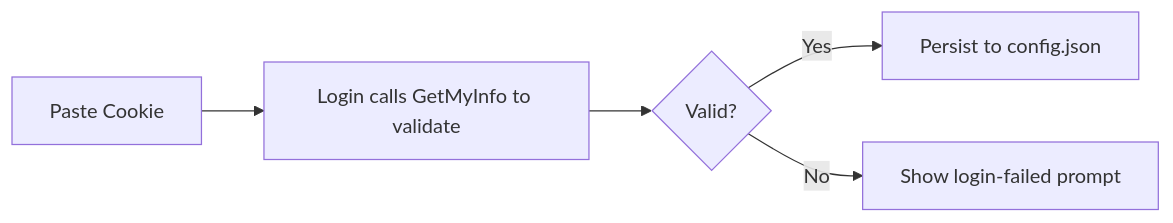
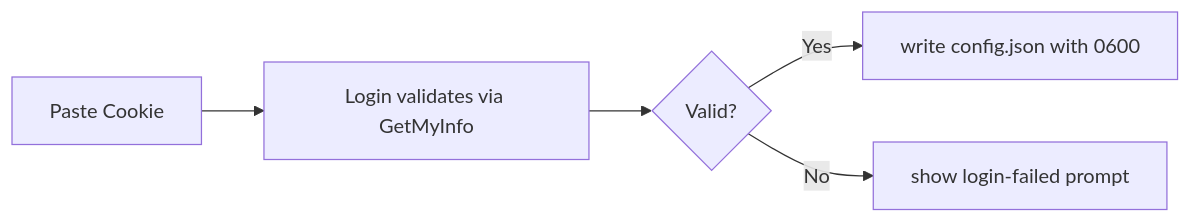
One commit to aDarkMaker/BiliLuckyDraw changed the fifth of 7 diagrams in docs/en/architecture/data-flow.md. Above: the diagram before and after it, drawn with Mermaid. The commit also changed other lines of this file and 30 other files, not shown here.

````diff
--- a/docs/en/architecture/data-flow.md
+++ b/docs/en/architecture/data-flow.md
@@ -34,7 +82,7 @@
 ```mermaid
 flowchart LR
-    A[Paste Cookie] --> B[Login calls GetMyInfo to validate]
+    A[Paste Cookie] --> B[Login validates via GetMyInfo]
     B --> C{Valid?}
-    C -->|Yes| D[Persist to config.json]
-    C -->|No| E[Show login-failed prompt]
+    C -->|Yes| D[write config.json with 0600]
+    C -->|No| E[show login-failed prompt]
 ```
````
